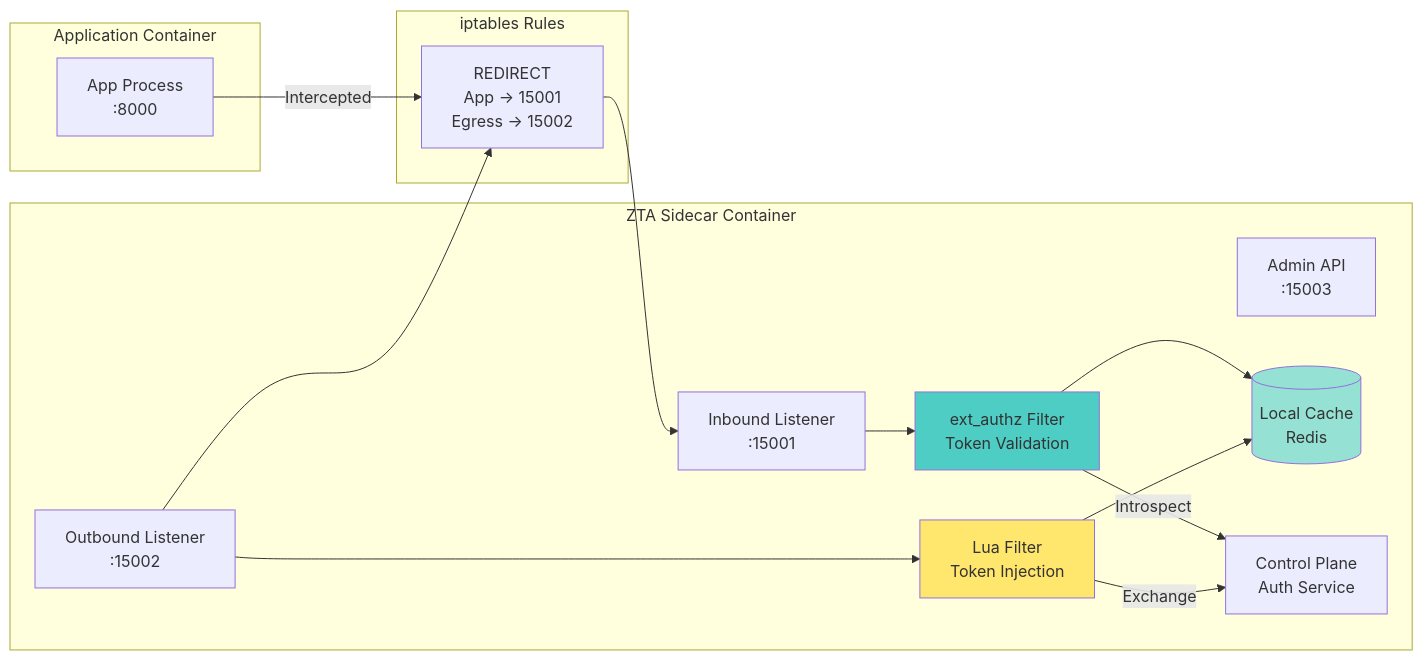
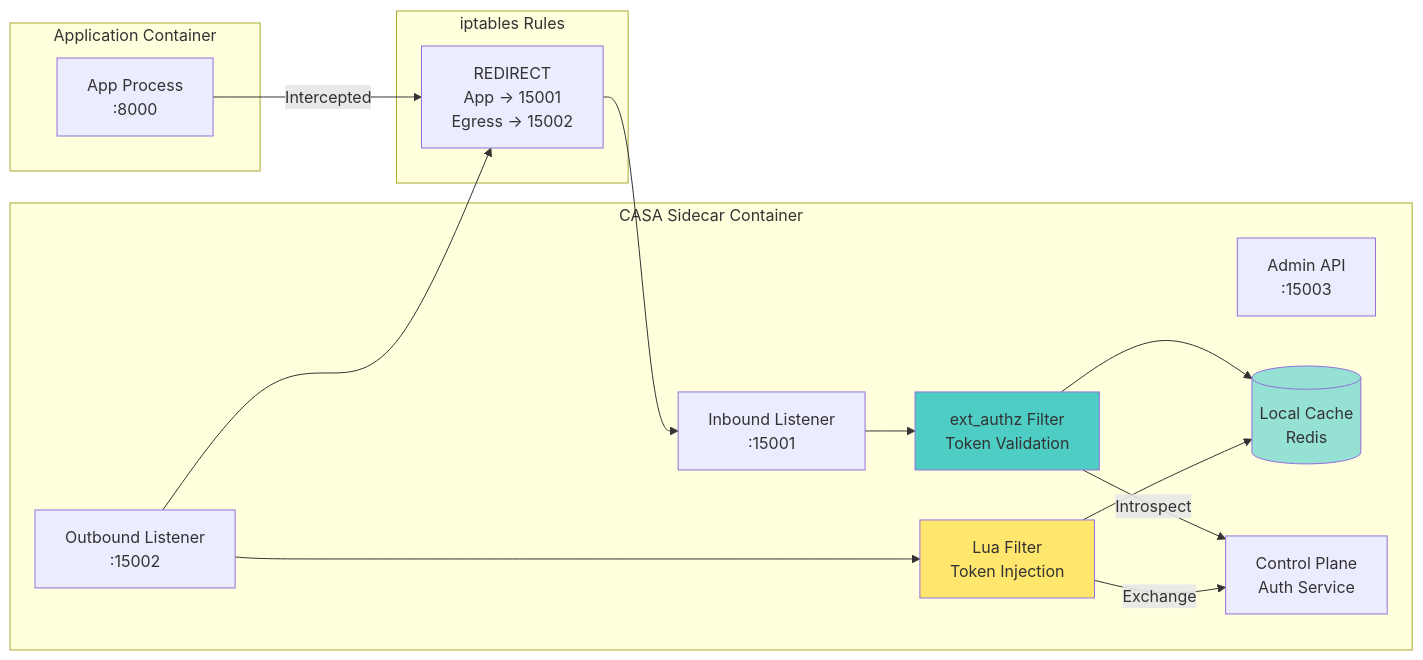
Before and after one commit to outshift-open/CASA: the fifth of 16 diagrams in contrib/wip/it1/SPECS.md, drawn with Mermaid. The commit also changed other lines of this file and 294 other files, not shown here.

Commit message:
feat: Rename from ZTA to CASA

````diff
--- a/contrib/wip/it1/SPECS.md
+++ b/contrib/wip/it1/SPECS.md
@@ -708,33 +708,33 @@
 ```mermaid
 graph LR
     subgraph "Application Container"
         APP[App Process<br/>:8000]
     end
 
-    subgraph "ZTA Sidecar Container"
+    subgraph "CASA Sidecar Container"
         INBOUND[Inbound Listener<br/>:15001]
         OUTBOUND[Outbound Listener<br/>:15002]
         ADMIN[Admin API<br/>:15003]
 
         INBOUND --> AUTHZ[ext_authz Filter<br/>Token Validation]
         OUTBOUND --> INJECT[Lua Filter<br/>Token Injection]
 
         AUTHZ --> CACHE[(Local Cache<br/>Redis)]
         INJECT --> CACHE
 
         AUTHZ -->|Introspect| CTRLPLANE[Control Plane<br/>Auth Service]
         INJECT -->|Exchange| CTRLPLANE
     end
 
     subgraph "iptables Rules"
         IPT[REDIRECT<br/>App → 15001<br/>Egress → 15002]
     end
 
     APP -->|Intercepted| IPT
     IPT --> INBOUND
     OUTBOUND --> IPT
 
     style AUTHZ fill:#4ecdc4
     style INJECT fill:#ffe66d
     style CACHE fill:#95e1d3
 ```
````
